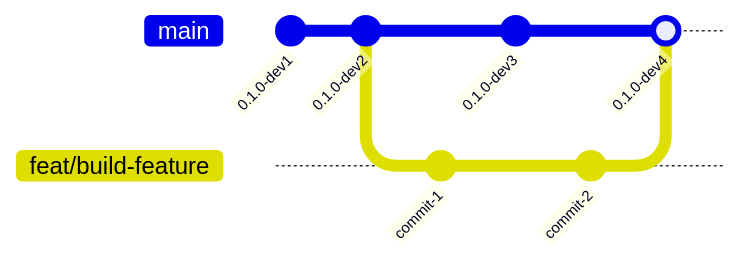
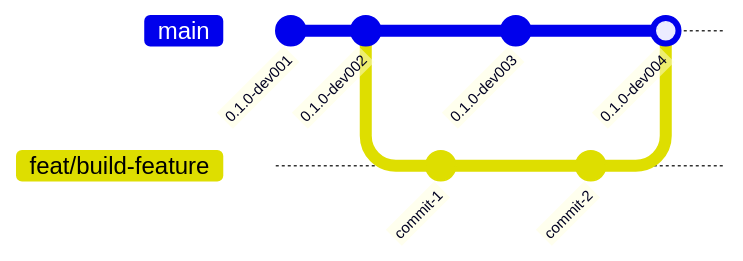
Before and after one commit to tomtom-international/commisery-action: the seventh of 14 diagrams in docs/sdk-versioning.md, drawn with Mermaid. The commit also changed other lines of this file, not shown here.

````diff
--- a/docs/sdk-versioning.md
+++ b/docs/sdk-versioning.md
@@ -372,15 +372,15 @@
 ```mermaid
 gitGraph
-  commit id: "0.1.0-dev1"
-  commit id: "0.1.0-dev2"
+  commit id: "0.1.0-dev001"
+  commit id: "0.1.0-dev002"
 
   branch feat/build-feature
   checkout feat/build-feature
   commit id: "commit-1"
   checkout main
-  commit id: "0.1.0-dev3"
+  commit id: "0.1.0-dev003"
   checkout feat/build-feature
   commit id: "commit-2"
   checkout main
-  merge feat/build-feature id: "0.1.0-dev4"
+  merge feat/build-feature id: "0.1.0-dev004"
 ```
````
